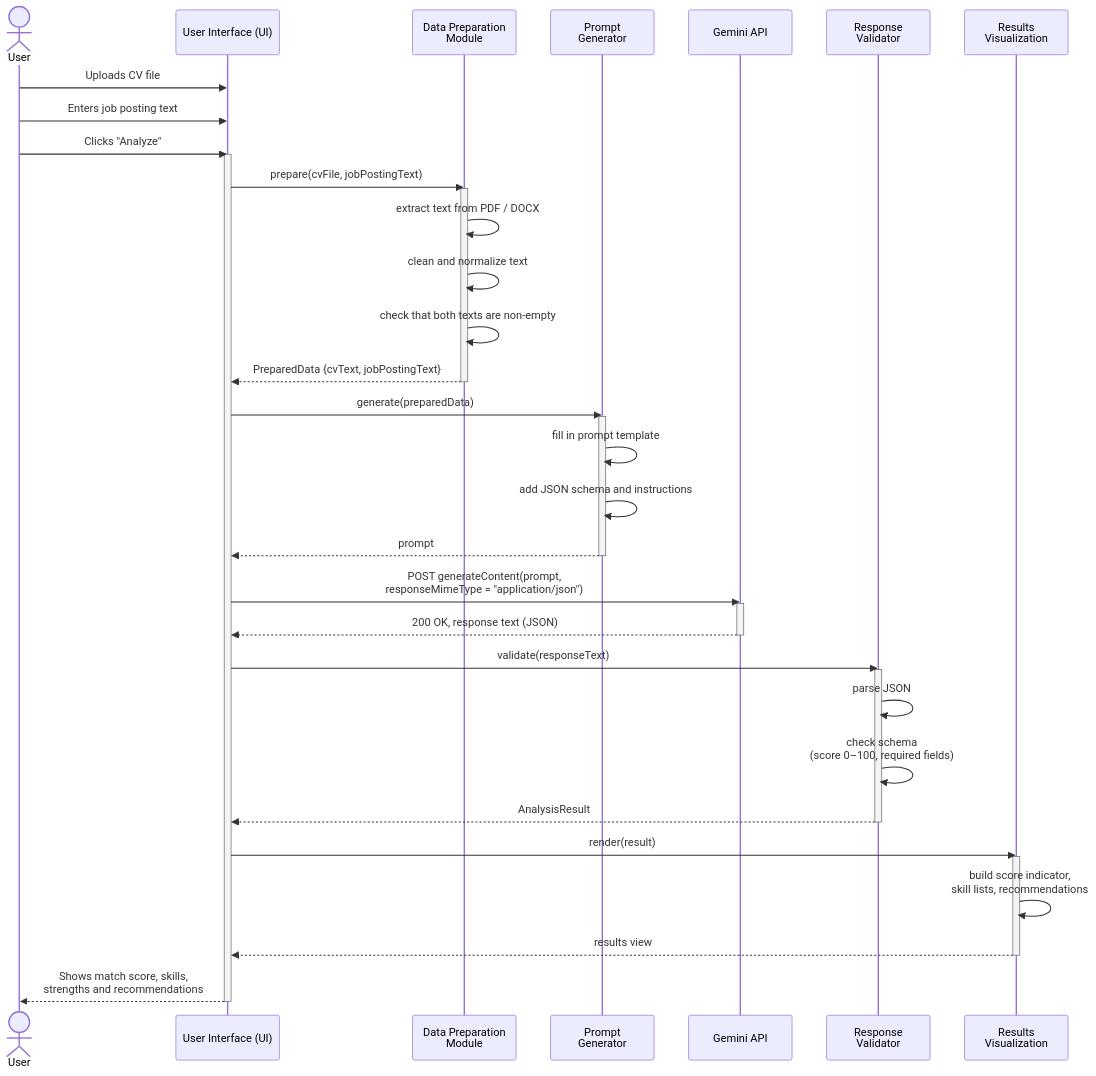
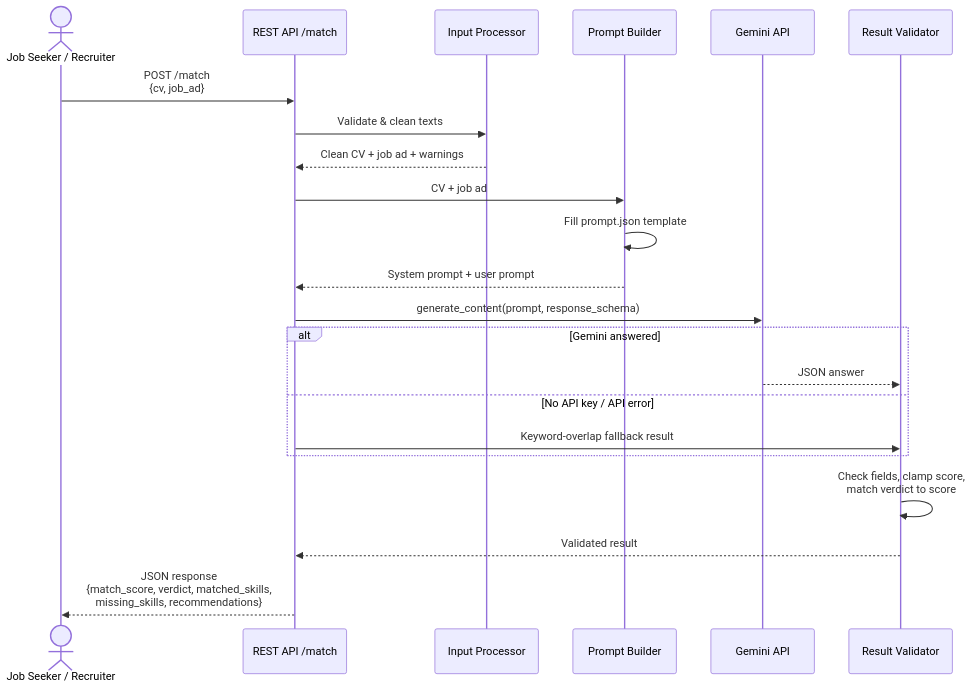
The fourth of 4 diagrams in README.md (jauniusc/cvmatch), drawn with Mermaid before and after one commit. The commit also changed other lines of this file and 30 other files, not shown here.

````diff
--- a/README.md
+++ b/README.md
@@ -95,51 +169,29 @@
 ```mermaid
 sequenceDiagram
-    actor User as User
-    participant UI as User Interface (UI)
-    participant Prep as Data Preparation<br/>Module
-    participant PromptGen as Prompt<br/>Generator
+    actor User as Job Seeker / Recruiter
+    participant API as REST API /match
+    participant Input as Input Processor
+    participant Prompt as Prompt Builder
     participant Gemini as Gemini API
-    participant Validator as Response<br/>Validator
-    participant Viz as Results<br/>Visualization
+    participant Validator as Result Validator
 
-    User->>UI: Uploads CV file
-    User->>UI: Enters job posting text
-    User->>UI: Clicks "Analyze"
-    activate UI
+    User->>API: POST /match<br/>{cv, job_ad}
+    API->>Input: Validate & clean texts
+    Input-->>API: Clean CV + job ad + warnings
 
-    UI->>Prep: prepare(cvFile, jobPostingText)
-    activate Prep
-    Prep->>Prep: extract text from PDF / DOCX
-    Prep->>Prep: clean and normalize text
-    Prep->>Prep: check that both texts are non-empty
-    Prep-->>UI: PreparedData {cvText, jobPostingText}
-    deactivate Prep
+    API->>Prompt: CV + job ad
+    Prompt->>Prompt: Fill prompt.json template
+    Prompt-->>API: System prompt + user prompt
 
-    UI->>PromptGen: generate(preparedData)
-    activate PromptGen
-    PromptGen->>PromptGen: fill in prompt template
-    PromptGen->>PromptGen: add JSON schema and instructions
-    PromptGen-->>UI: prompt
-    deactivate PromptGen
+    API->>Gemini: generate_content(prompt, response_schema)
+    alt Gemini answered
+        Gemini-->>Validator: JSON answer
+    else No API key / API error
+        API->>Validator: Keyword-overlap fallback result
+    end
 
-    UI->>Gemini: POST generateContent(prompt,<br/>responseMimeType = "application/json")
-    activate Gemini
-    Gemini-->>UI: 200 OK, response text (JSON)
-    deactivate Gemini
+    Validator->>Validator: Check fields, clamp score,<br/>match verdict to score
+    Validator-->>API: Validated result
 
-    UI->>Validator: validate(responseText)
-    activate Validator
-    Validator->>Validator: parse JSON
-    Validator->>Validator: check schema<br/>(score 0–100, required fields)
-    Validator-->>UI: AnalysisResult
-    deactivate Validator
-
-    UI->>Viz: render(result)
-    activate Viz
-    Viz->>Viz: build score indicator,<br/>skill lists, recommendations
-    Viz-->>UI: results view
-    deactivate Viz
-
-    UI-->>User: Shows match score, skills,<br/>strengths and recommendations
-    deactivate UI
+    API-->>User: JSON response<br/>{match_score, verdict, matched_skills,<br/>missing_skills, recommendations}
 ```
````
